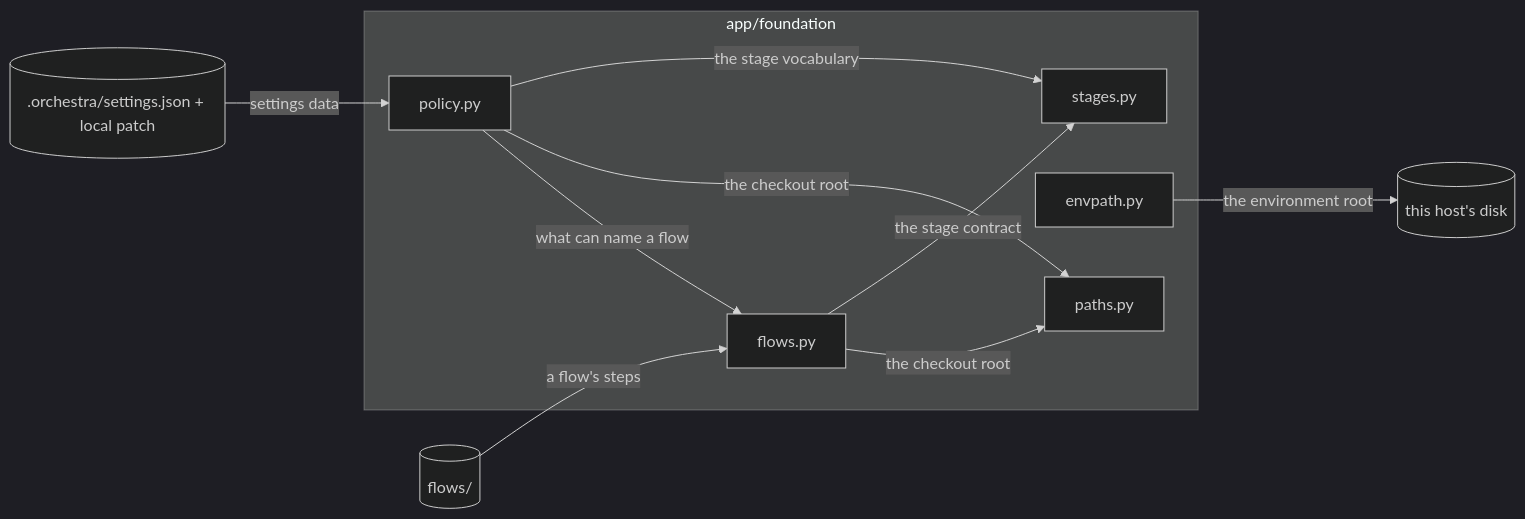
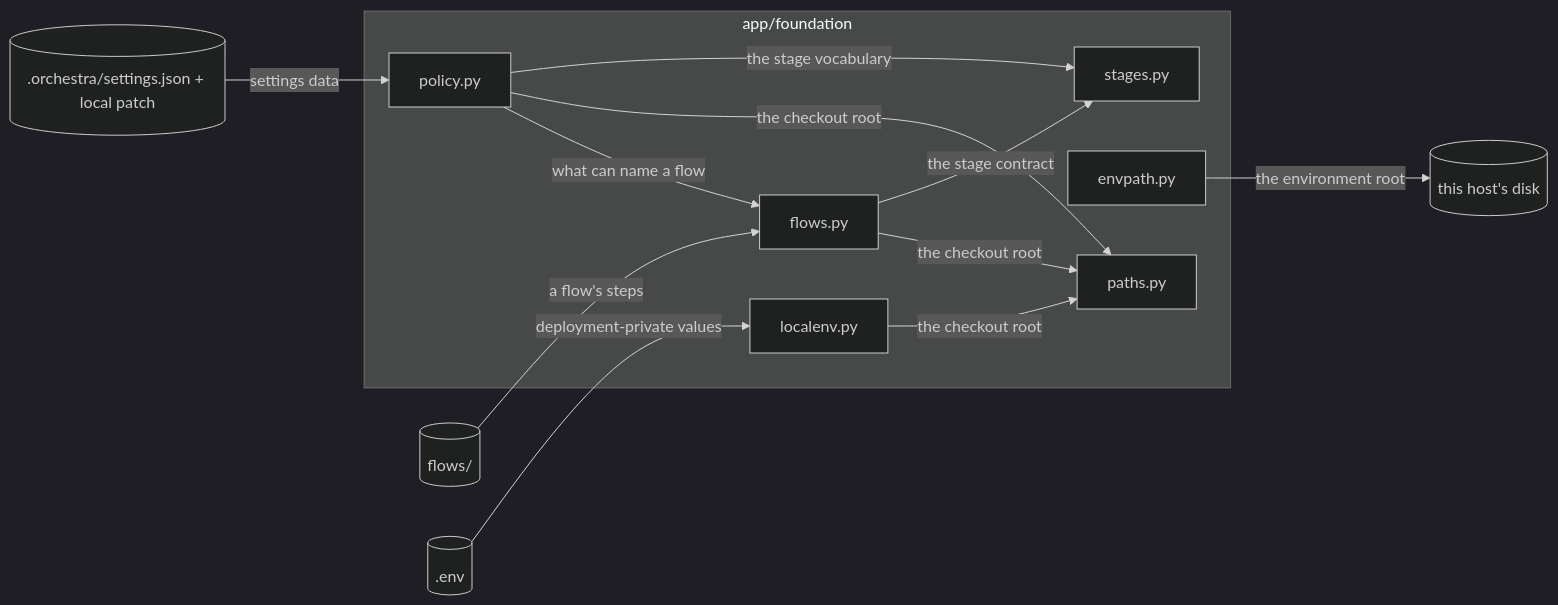
Before and after one commit to 6r0m/orchestra: the diagram in app/foundation/docs/architecture/diagrams/main.md, drawn with Mermaid (dark theme). The commit also changed 28 other files, not shown here.

````diff
--- a/app/foundation/docs/architecture/diagrams/main.md
+++ b/app/foundation/docs/architecture/diagrams/main.md
@@ -5,21 +5,25 @@
 ```mermaid
 flowchart LR
     subgraph pkg["app/foundation"]
         paths["paths.py"]
         envpath["envpath.py"]
         policy["policy.py"]
         stages["stages.py"]
         flows["flows.py"]
+        localenv["localenv.py"]
     end
     settings_ext[(".orchestra/settings.json + local patch")]
     flows_ext[("flows/")]
     hostfs[("this host's disk")]
+    private_ext[(".env")]
     policy -->|"the stage vocabulary"| stages
     policy -->|"the checkout root"| paths
     policy -->|"what can name a flow"| flows
     settings_ext -->|"settings data"| policy
     flows -->|"the stage contract"| stages
     flows -->|"the checkout root"| paths
     flows_ext -->|"a flow's steps"| flows
     envpath -->|"the environment root"| hostfs
+    localenv -->|"the checkout root"| paths
+    private_ext -->|"deployment-private values"| localenv
 ```
````
